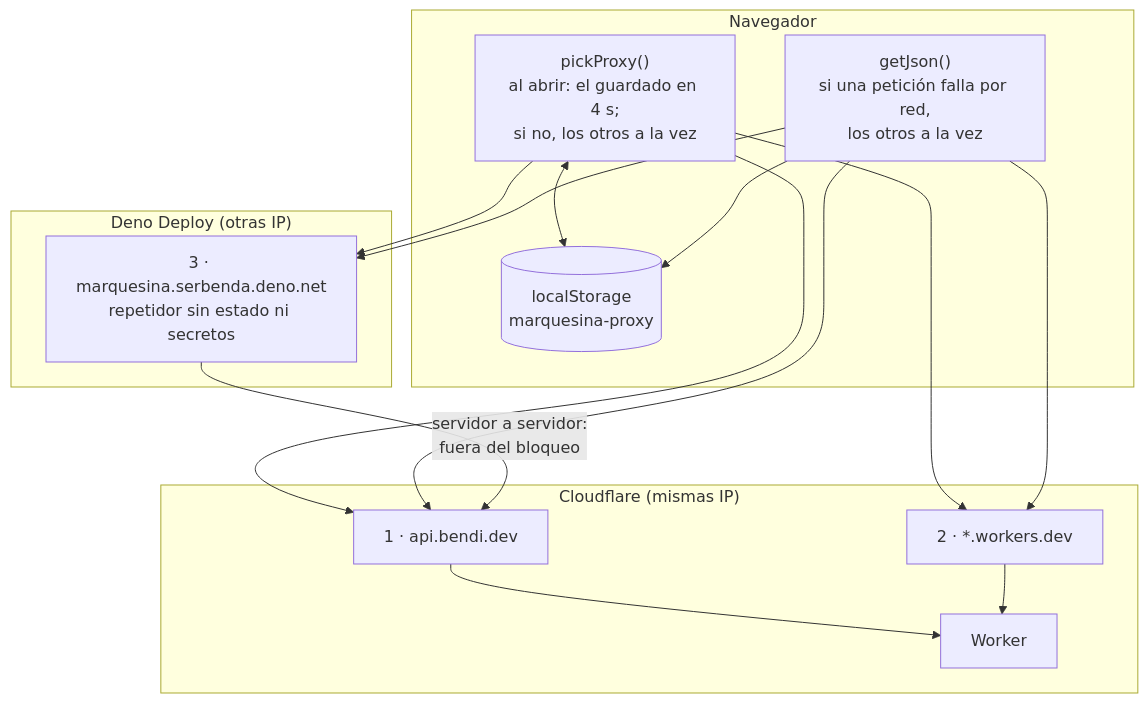
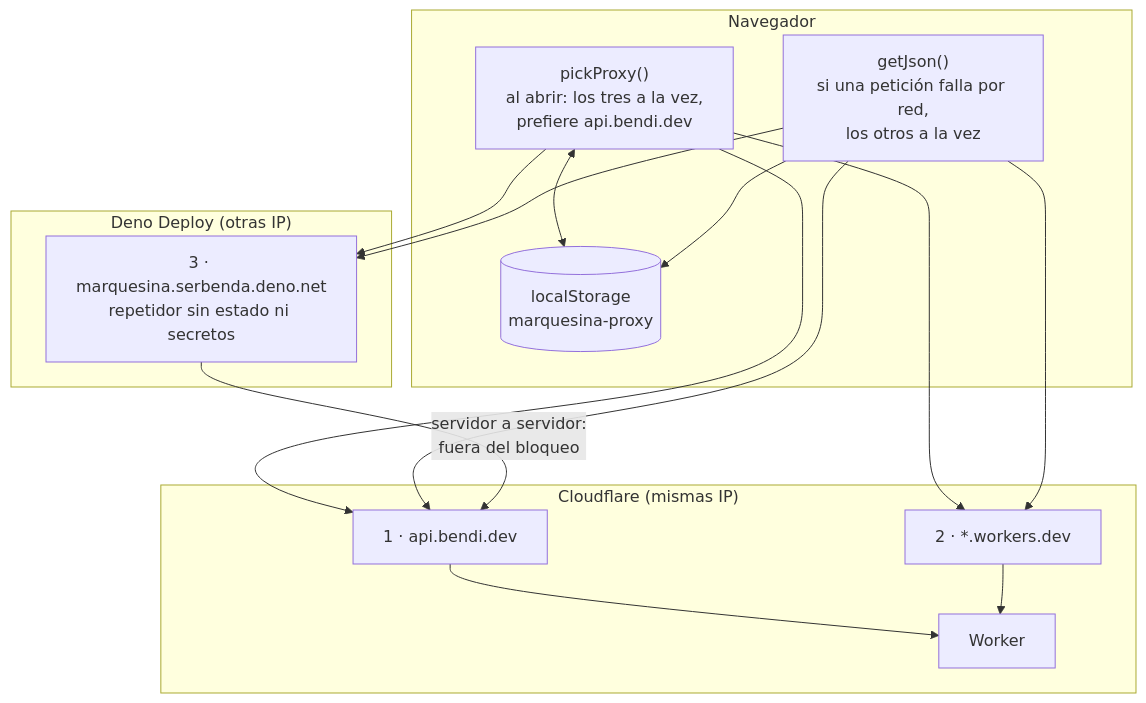
One commit to serbenda/marquesina changed the second of 2 diagrams in docs/ARQUITECTURA.md. Above: the diagram before and after it, drawn with Mermaid. The commit also changed other lines of this file and 10 other files, not shown here.

````diff
--- a/docs/ARQUITECTURA.md
+++ b/docs/ARQUITECTURA.md
@@ -203,23 +203,23 @@
 ```mermaid
 flowchart TB
   subgraph Navegador
-    PK["pickProxy()<br/>al abrir: el guardado en 4 s;<br/>si no, los otros a la vez"]
+    PK["pickProxy()<br/>al abrir: los tres a la vez,<br/>prefiere api.bendi.dev"]
     GJ["getJson()<br/>si una petición falla por red,<br/>los otros a la vez"]
     LS[("localStorage<br/>marquesina-proxy")]
     PK <--> LS
     GJ --> LS
   end
   subgraph CF["Cloudflare (mismas IP)"]
     A["1 · api.bendi.dev"]
     B["2 · *.workers.dev"]
     W["Worker"]
     A --> W
     B --> W
   end
   subgraph DN["Deno Deploy (otras IP)"]
     R["3 · marquesina.serbenda.deno.net<br/>repetidor sin estado ni secretos"]
   end
   PK --> A & B & R
   GJ --> A & B & R
   R -- "servidor a servidor:<br/>fuera del bloqueo" --> A
 ```
````
